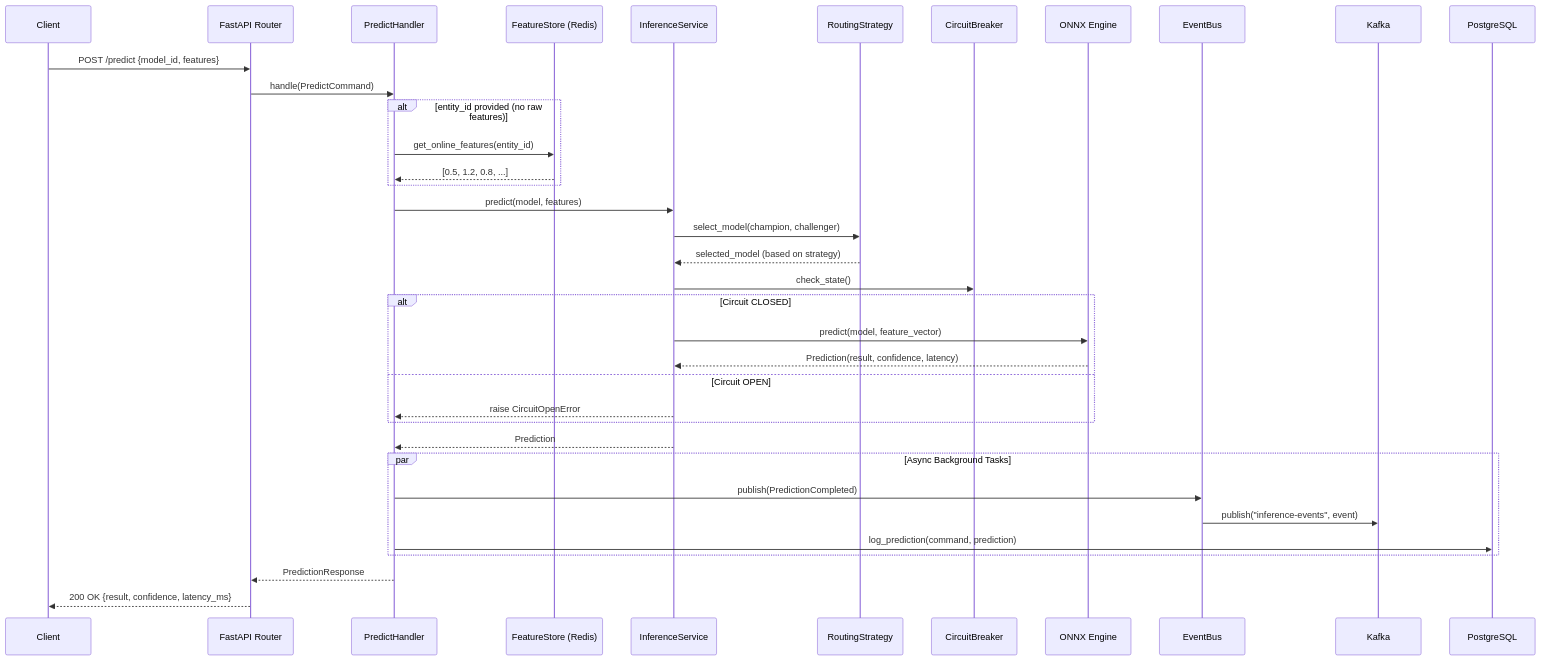
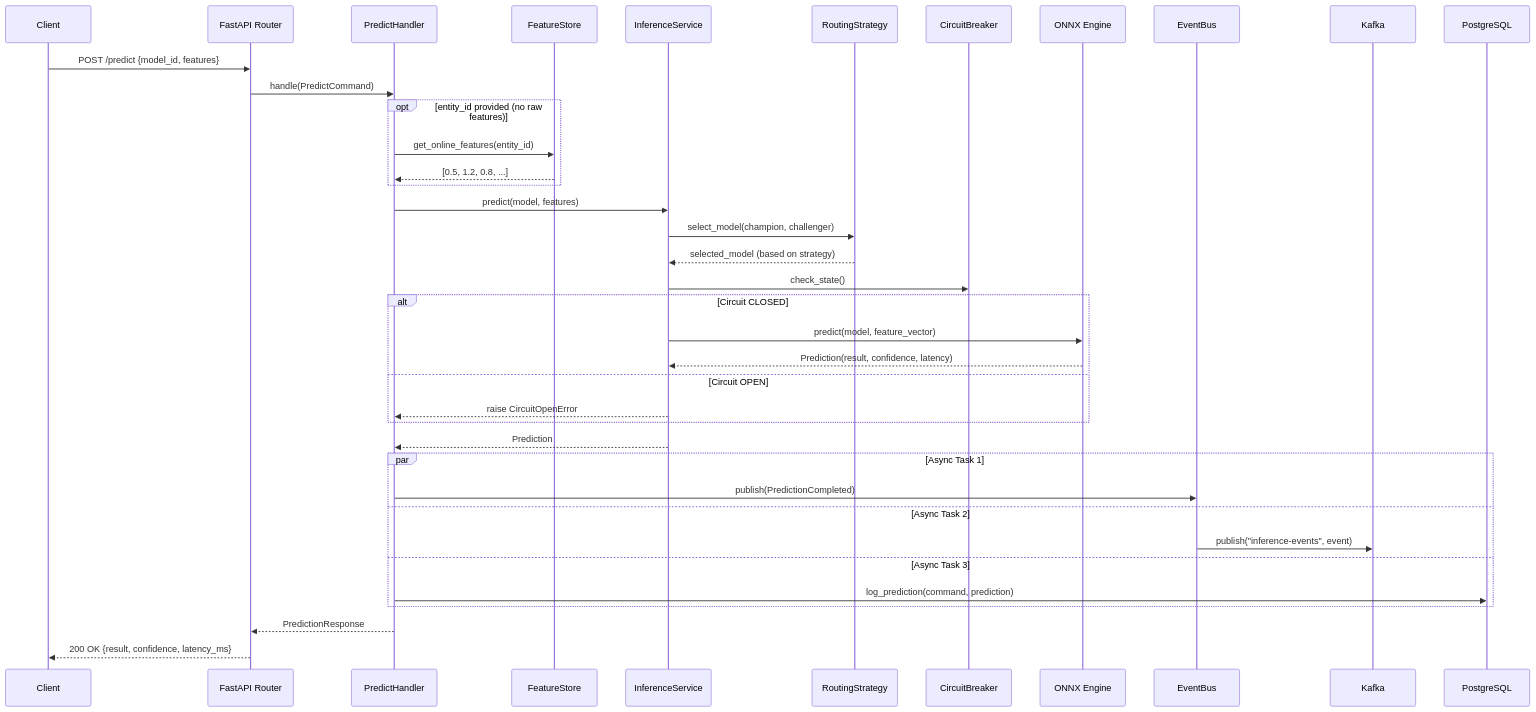
The second of 9 diagrams in docs/architecture/system-design.md (vtnguyen04/phoenix_ML), drawn with Mermaid before and after one commit. The commit also changed other lines of this file and 21 other files, not shown here.

````diff
--- a/docs/architecture/system-design.md
+++ b/docs/architecture/system-design.md
@@ -76,45 +76,47 @@
 ```mermaid
 sequenceDiagram
     participant C as Client
     participant API as FastAPI Router
     participant PH as PredictHandler
-    participant FS as FeatureStore (Redis)
+    participant FS as FeatureStore
     participant IS as InferenceService
     participant RS as RoutingStrategy
     participant CB as CircuitBreaker
     participant IE as ONNX Engine
     participant EB as EventBus
     participant KF as Kafka
     participant PG as PostgreSQL
 
     C->>API: POST /predict {model_id, features}
     API->>PH: handle(PredictCommand)
     
-    alt entity_id provided (no raw features)
+    opt entity_id provided (no raw features)
         PH->>FS: get_online_features(entity_id)
         FS-->>PH: [0.5, 1.2, 0.8, ...]
     end
     
     PH->>IS: predict(model, features)
     IS->>RS: select_model(champion, challenger)
     RS-->>IS: selected_model (based on strategy)
     IS->>CB: check_state()
     
     alt Circuit CLOSED
         IS->>IE: predict(model, feature_vector)
         IE-->>IS: Prediction(result, confidence, latency)
     else Circuit OPEN
         IS-->>PH: raise CircuitOpenError
     end
     
     IS-->>PH: Prediction
     
-    par Async Background Tasks
+    par Async Task 1
         PH->>EB: publish(PredictionCompleted)
+    and Async Task 2
         EB->>KF: publish("inference-events", event)
+    and Async Task 3
         PH->>PG: log_prediction(command, prediction)
     end
     
     PH-->>API: PredictionResponse
     API-->>C: 200 OK {result, confidence, latency_ms}
 ```
````
